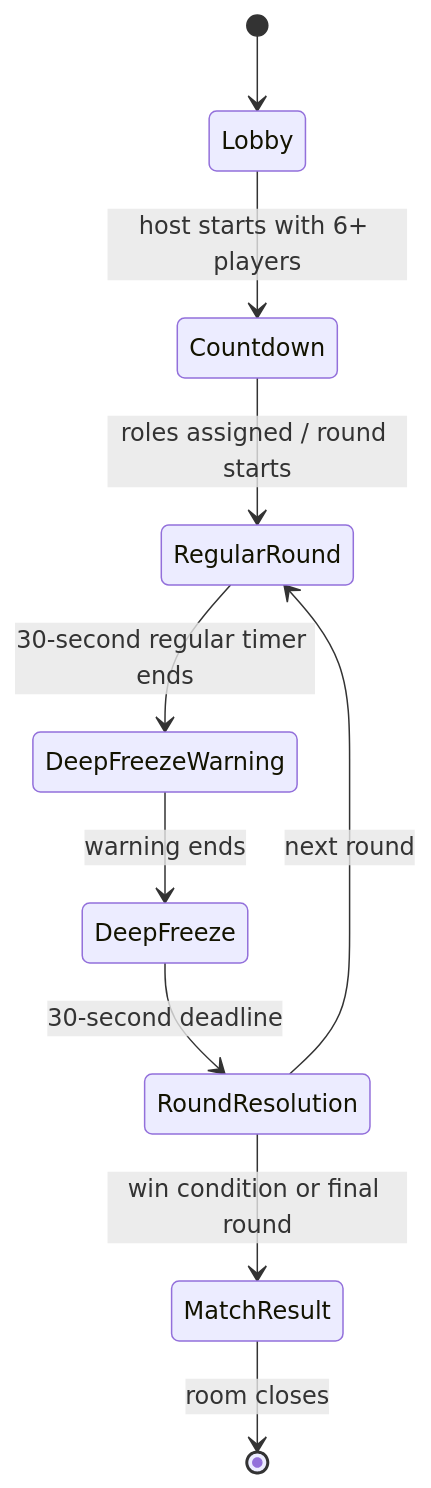
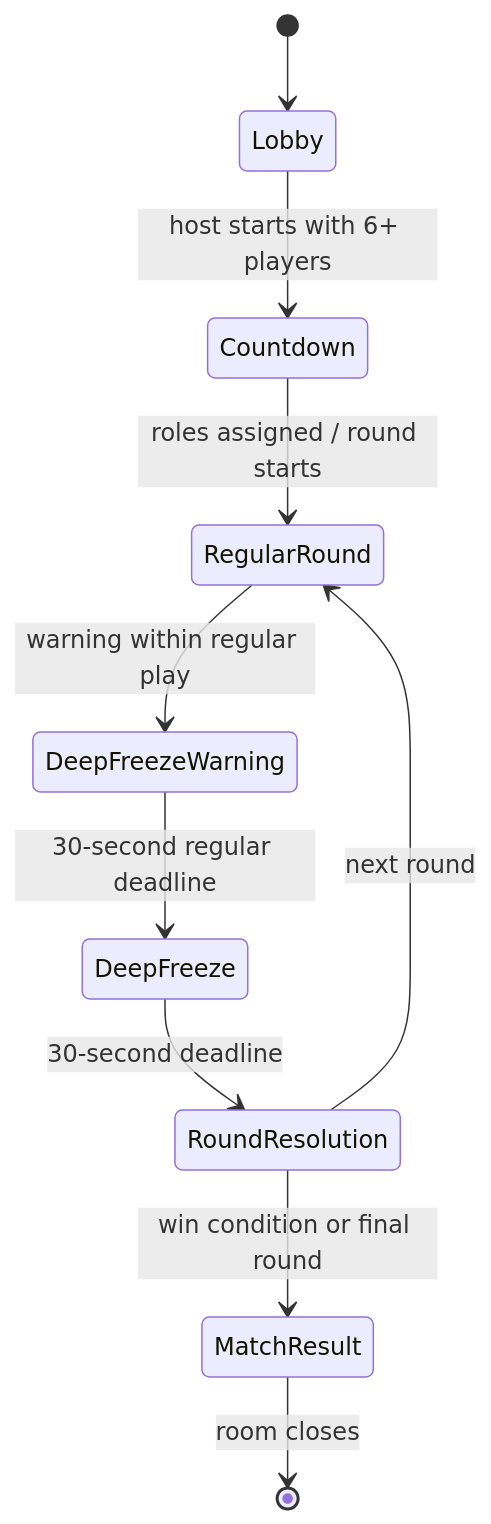
The second of 3 diagrams in ARCHITECTURE.md (ChadBojelador/orbiting_game), drawn with Mermaid before and after one commit. The commit also changed other lines of this file and 55 other files, not shown here.

````diff
--- a/ARCHITECTURE.md
+++ b/ARCHITECTURE.md
@@ -86,12 +86,12 @@
 ```mermaid
 stateDiagram-v2
     [*] --> Lobby
     Lobby --> Countdown: host starts with 6+ players
     Countdown --> RegularRound: roles assigned / round starts
-    RegularRound --> DeepFreezeWarning: 30-second regular timer ends
-    DeepFreezeWarning --> DeepFreeze: warning ends
+    RegularRound --> DeepFreezeWarning: warning within regular play
+    DeepFreezeWarning --> DeepFreeze: 30-second regular deadline
     DeepFreeze --> RoundResolution: 30-second deadline
     RoundResolution --> MatchResult: win condition or final round
     RoundResolution --> RegularRound: next round
     MatchResult --> [*]: room closes
 ```
````
